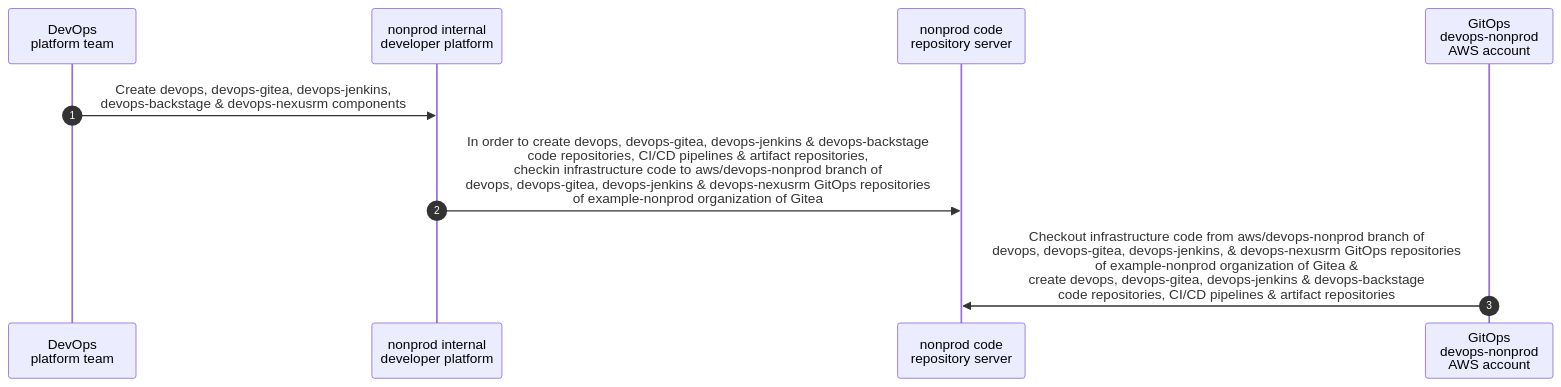
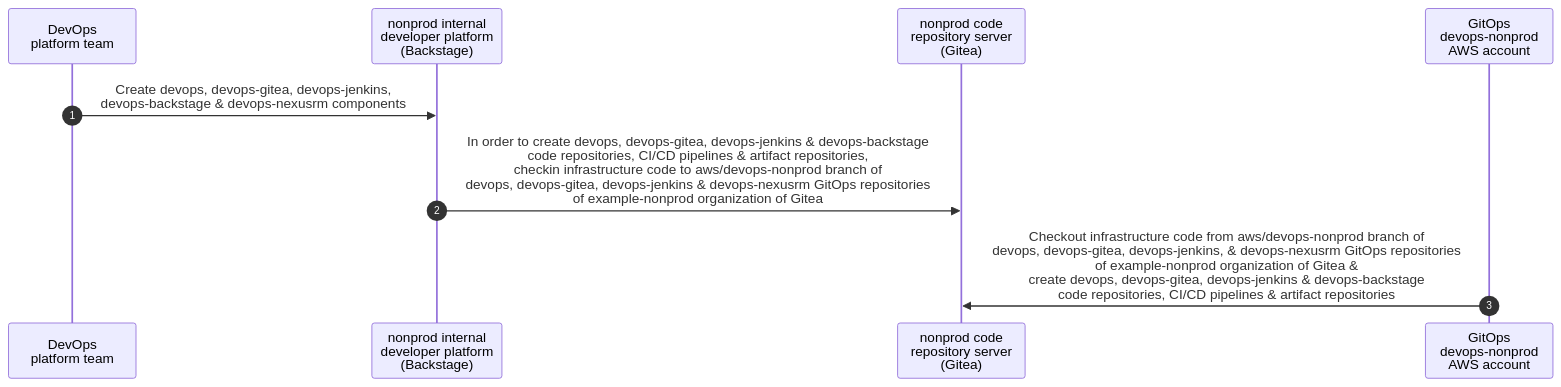
Before and after one commit to devopscodegen/architecture: the ninth of 9 diagrams in docs/pages/docs/design.md, drawn with Mermaid. The commit also changed other lines of this file, not shown here.

````diff
--- a/docs/pages/docs/design.md
+++ b/docs/pages/docs/design.md
@@ -520,11 +520,11 @@
 ```mermaid
 sequenceDiagram
   autonumber
   participant devops_platform_team as DevOps<br>platform team
-  participant nonprod_internal_developer_platform as nonprod internal<br>developer platform
-  participant nonprod_code_repository_server as nonprod code <br>repository server
+  participant nonprod_internal_developer_platform_backstage as nonprod internal<br>developer platform<br>(Backstage)
+  participant nonprod_code_repository_server_gitea as nonprod code <br>repository server<br>(Gitea)
   participant gitops_devops_nonprod_aws_account as GitOps<br>devops-nonprod <br>AWS account
-  devops_platform_team->>nonprod_internal_developer_platform : Create devops, devops-gitea, devops-jenkins, <br>devops-backstage & devops-nexusrm components
-  nonprod_internal_developer_platform->>nonprod_code_repository_server : In order to create devops, devops-gitea, devops-jenkins & devops-backstage<br> code repositories, CI/CD pipelines & artifact repositories,<br>checkin infrastructure code to aws/devops-nonprod branch of<br> devops, devops-gitea, devops-jenkins & devops-nexusrm GitOps repositories<br> of example-nonprod organization of Gitea
-  gitops_devops_nonprod_aws_account->>nonprod_code_repository_server : Checkout infrastructure code from aws/devops-nonprod branch of <br>devops, devops-gitea, devops-jenkins, & devops-nexusrm GitOps repositories<br> of example-nonprod organization of Gitea &<br>create devops, devops-gitea, devops-jenkins & devops-backstage<br> code repositories, CI/CD pipelines & artifact repositories
+  devops_platform_team->>nonprod_internal_developer_platform_backstage : Create devops, devops-gitea, devops-jenkins, <br>devops-backstage & devops-nexusrm components
+  nonprod_internal_developer_platform_backstage->>nonprod_code_repository_server_gitea : In order to create devops, devops-gitea, devops-jenkins & devops-backstage<br> code repositories, CI/CD pipelines & artifact repositories,<br>checkin infrastructure code to aws/devops-nonprod branch of<br> devops, devops-gitea, devops-jenkins & devops-nexusrm GitOps repositories<br> of example-nonprod organization of Gitea
+  gitops_devops_nonprod_aws_account->>nonprod_code_repository_server_gitea : Checkout infrastructure code from aws/devops-nonprod branch of <br>devops, devops-gitea, devops-jenkins, & devops-nexusrm GitOps repositories<br> of example-nonprod organization of Gitea &<br>create devops, devops-gitea, devops-jenkins & devops-backstage<br> code repositories, CI/CD pipelines & artifact repositories
 ```
````
